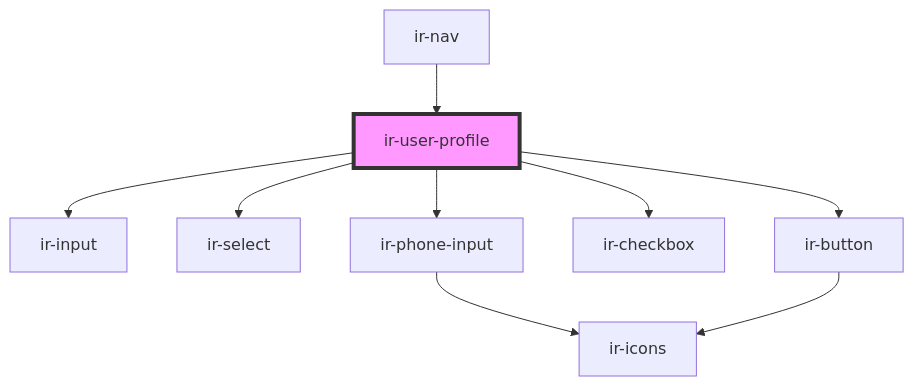
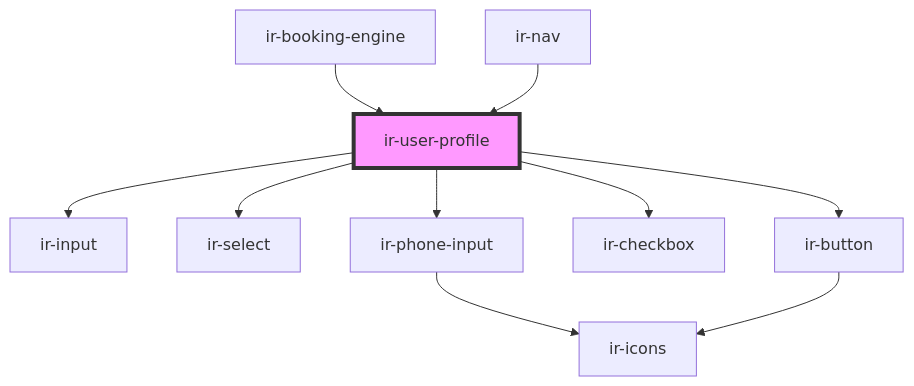
The diagram in src/components/ir-booking-engine/ir-nav/ir-user-profile/readme.md (RonyRizk/ir-be), drawn with Mermaid before and after one commit. The commit also changed other lines of this file and 52 other files, not shown here.

````diff
--- a/src/components/ir-booking-engine/ir-nav/ir-user-profile/readme.md
+++ b/src/components/ir-booking-engine/ir-nav/ir-user-profile/readme.md
@@ -30,12 +31,13 @@
 ```mermaid
 graph TD;
   ir-user-profile --> ir-input
   ir-user-profile --> ir-select
   ir-user-profile --> ir-phone-input
   ir-user-profile --> ir-checkbox
   ir-user-profile --> ir-button
   ir-phone-input --> ir-icons
   ir-button --> ir-icons
+  ir-booking-engine --> ir-user-profile
   ir-nav --> ir-user-profile
   style ir-user-profile fill:#f9f,stroke:#333,stroke-width:4px
 ```
````
